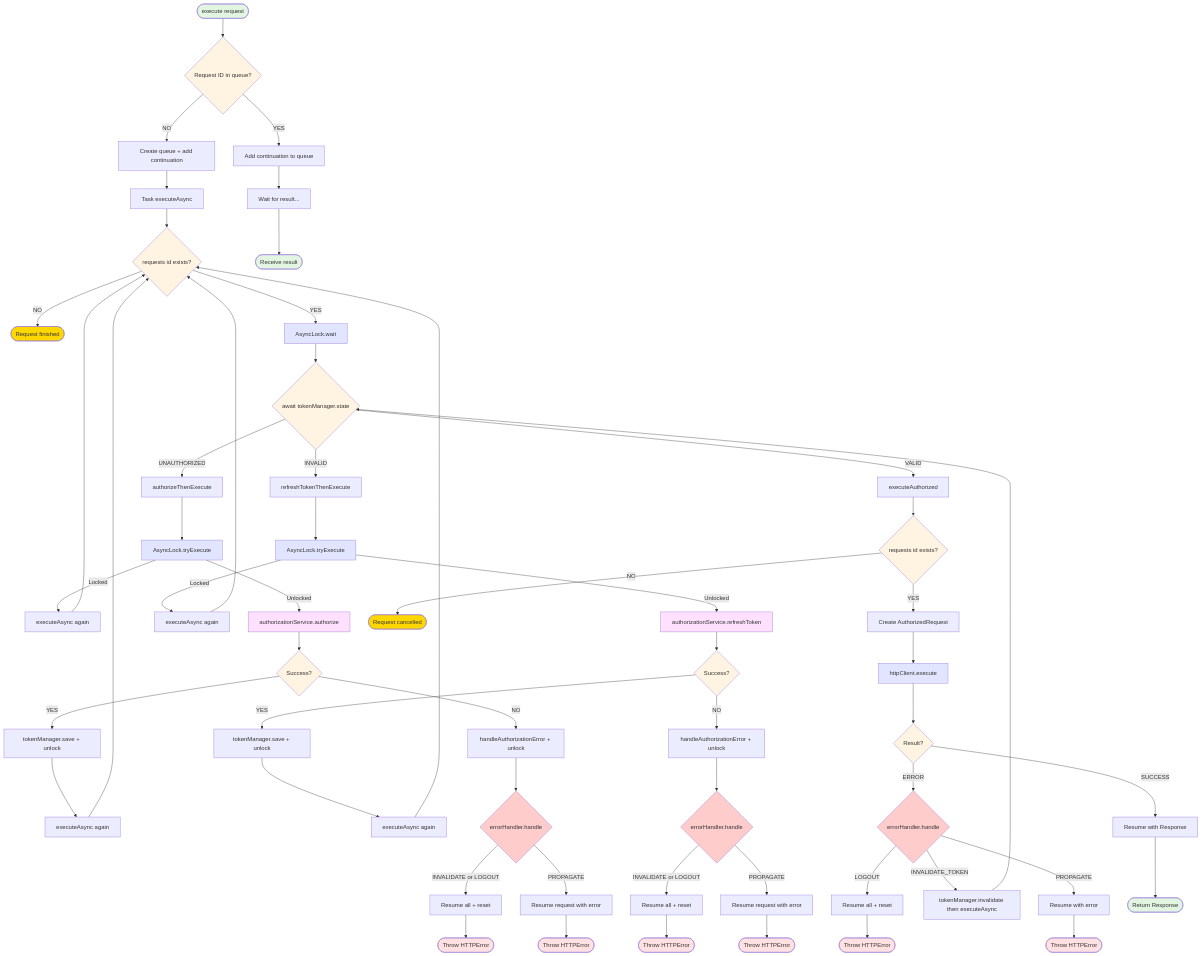
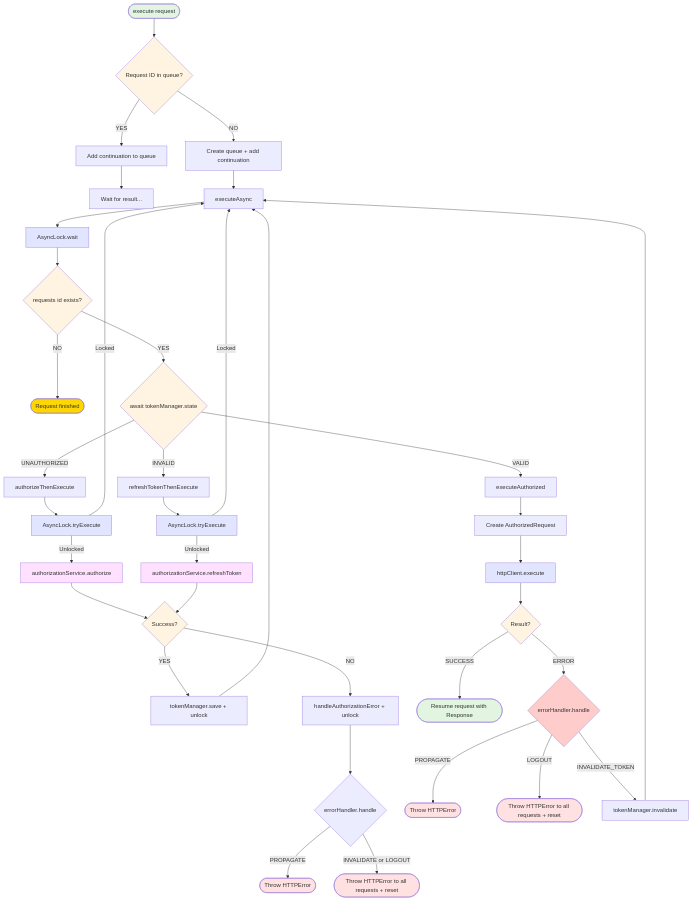
The diagram in docs/FLOW_DIAGRAM.md (pikciu/HTTP), drawn with Mermaid before and after one commit. The commit also changed 3 other files, not shown here.

```diff
--- a/docs/FLOW_DIAGRAM.md
+++ b/docs/FLOW_DIAGRAM.md
@@ -17,13 +17,13 @@
     CheckQueue -->|NO| CreateQueue[Create queue + add continuation]
     
     AddCont --> Wait[Wait for result...]
-    CreateQueue --> TaskExec[Task executeAsync]
+    CreateQueue --> ExecuteAsync[executeAsync]
     
-    TaskExec --> CheckCancelled{requests id exists?}
+    ExecuteAsync --> WaitLock[AsyncLock.wait]
     CheckCancelled -->|NO| EndCancelled([Request finished])
-    CheckCancelled -->|YES| WaitLock[AsyncLock.wait]
+    CheckCancelled -->|YES| CheckToken{await tokenManager.state}
     
-    WaitLock --> CheckToken{await tokenManager.state}
+    WaitLock --> CheckCancelled{requests id exists?}
     
     CheckToken -->|VALID| ExecAuth[executeAuthorized]
     CheckToken -->|INVALID| RefreshFlow[refreshTokenThenExecute]
@@ -32,86 +32,55 @@
     AuthFlow --> TryAuth[AsyncLock.tryExecute]
     RefreshFlow --> TryRefresh[AsyncLock.tryExecute]
     
-    TryAuth -->|Locked| ReExecute1[executeAsync again]
+    TryAuth -->|Locked| ExecuteAsync
     TryAuth -->|Unlocked| DoAuth[authorizationService.authorize]
     
-    TryRefresh -->|Locked| ReExecute2[executeAsync again]
+    TryRefresh -->|Locked| ExecuteAsync
     TryRefresh -->|Unlocked| DoRefresh[authorizationService.refreshToken]
     
-    DoAuth --> AuthResult{Success?}
-    DoRefresh --> RefreshResult{Success?}
+    DoAuth --> JWTResult{Success?}
+    DoRefresh --> JWTResult{Success?}
     
-    AuthResult -->|YES| SaveToken1[tokenManager.save + unlock]
-    AuthResult -->|NO| HandleAuthErr1[handleAuthorizationError + unlock]
+    JWTResult -->|YES| SaveToken[tokenManager.save + unlock]
+    JWTResult -->|NO| HandleAuthError[handleAuthorizationError + unlock]
     
-    RefreshResult -->|YES| SaveToken2[tokenManager.save + unlock]
-    RefreshResult -->|NO| HandleAuthErr2[handleAuthorizationError + unlock]
+    SaveToken --> ExecuteAsync
     
-    SaveToken1 --> ReExecute3[executeAsync again]
-    SaveToken2 --> ReExecute4[executeAsync again]
+    HandleAuthError --> HandleStrategy{errorHandler.handle}
     
-    HandleAuthErr1 --> HandleStrategy1{errorHandler.handle}
-    HandleAuthErr2 --> HandleStrategy2{errorHandler.handle}
+    HandleStrategy -->|PROPAGATE| ResumeError2([Throw HTTPError])
+    HandleStrategy -->|INVALIDATE or LOGOUT| ResumeAllError2([Throw HTTPError to all requests + reset])
     
-    HandleStrategy1 -->|PROPAGATE| Resume1[Resume request with error]
-    HandleStrategy1 -->|INVALIDATE or LOGOUT| ResumeAll1[Resume all + reset]
-    
-    HandleStrategy2 -->|PROPAGATE| Resume2[Resume request with error]
-    HandleStrategy2 -->|INVALIDATE or LOGOUT| ResumeAll2[Resume all + reset]
-    
-    ReExecute1 --> CheckCancelled
-    ReExecute2 --> CheckCancelled
-    ReExecute3 --> CheckCancelled
-    ReExecute4 --> CheckCancelled
-    
-    ExecAuth --> CheckCancelled2{requests id exists?}
-    CheckCancelled2 -->|NO| EndCancelled2([Request cancelled])
-    CheckCancelled2 -->|YES| CreateAuthReq[Create AuthorizedRequest]
+    ExecAuth --> CreateAuthReq[Create AuthorizedRequest]
     
     CreateAuthReq --> HTTPCall[httpClient.execute]
     
     HTTPCall --> HTTPResult{Result?}
     
-    HTTPResult -->|SUCCESS| ResumeSuccess[Resume with Response]
+    HTTPResult -->|SUCCESS| ResumeSuccess([Resume request with Response])
     HTTPResult -->|ERROR| HandleHTTPError{errorHandler.handle}
     
-    HandleHTTPError -->|PROPAGATE| Resume3[Resume with error]
-    HandleHTTPError -->|INVALIDATE_TOKEN| Invalidate[tokenManager.invalidate then executeAsync]
-    HandleHTTPError -->|LOGOUT| ResumeAll3[Resume all + reset]
+    HandleHTTPError -->|PROPAGATE| ResumeError1([Throw HTTPError])
+    HandleHTTPError -->|LOGOUT| ResumeAllError1([Throw HTTPError to all requests + reset])
+    HandleHTTPError -->|INVALIDATE_TOKEN| Invalidate[tokenManager.invalidate]
     
-    Invalidate --> CheckToken
-    
-    ResumeSuccess --> End1([Return Response])
-    Resume1 --> End2([Throw HTTPError])
-    Resume2 --> End3([Throw HTTPError])
-    Resume3 --> End4([Throw HTTPError])
-    ResumeAll1 --> End5([Throw HTTPError])
-    ResumeAll2 --> End6([Throw HTTPError])
-    ResumeAll3 --> End7([Throw HTTPError])
-    Wait --> End8([Receive result])
+    Invalidate --> ExecuteAsync
+
     
     style Start fill:#e1f5e1
-    style End1 fill:#e1f5e1
-    style End8 fill:#e1f5e1
-    style End2 fill:#ffe1e1
-    style End3 fill:#ffe1e1
-    style End4 fill:#ffe1e1
-    style End5 fill:#ffe1e1
-    style End6 fill:#ffe1e1
-    style End7 fill:#ffe1e1
+    style ResumeSuccess fill:#e1f5e1
+    style ResumeError1 fill:#ffe1e1
+    style ResumeError2 fill:#ffe1e1
+    style ResumeAllError1 fill:#ffe1e1
+    style ResumeAllError2 fill:#ffe1e1
     style EndCancelled fill:#ffd700
-    style EndCancelled2 fill:#ffd700
     
     style CheckQueue fill:#fff4e1
     style CheckToken fill:#fff4e1
     style HTTPResult fill:#fff4e1
-    style AuthResult fill:#fff4e1
-    style RefreshResult fill:#fff4e1
     style CheckCancelled fill:#fff4e1
-    style CheckCancelled2 fill:#fff4e1
+    style JWTResult fill:#fff4e1
     
-    style HandleStrategy1 fill:#ffcccc
-    style HandleStrategy2 fill:#ffcccc
     style HandleHTTPError fill:#ffcccc
     
     style WaitLock fill:#e1e5ff
```
